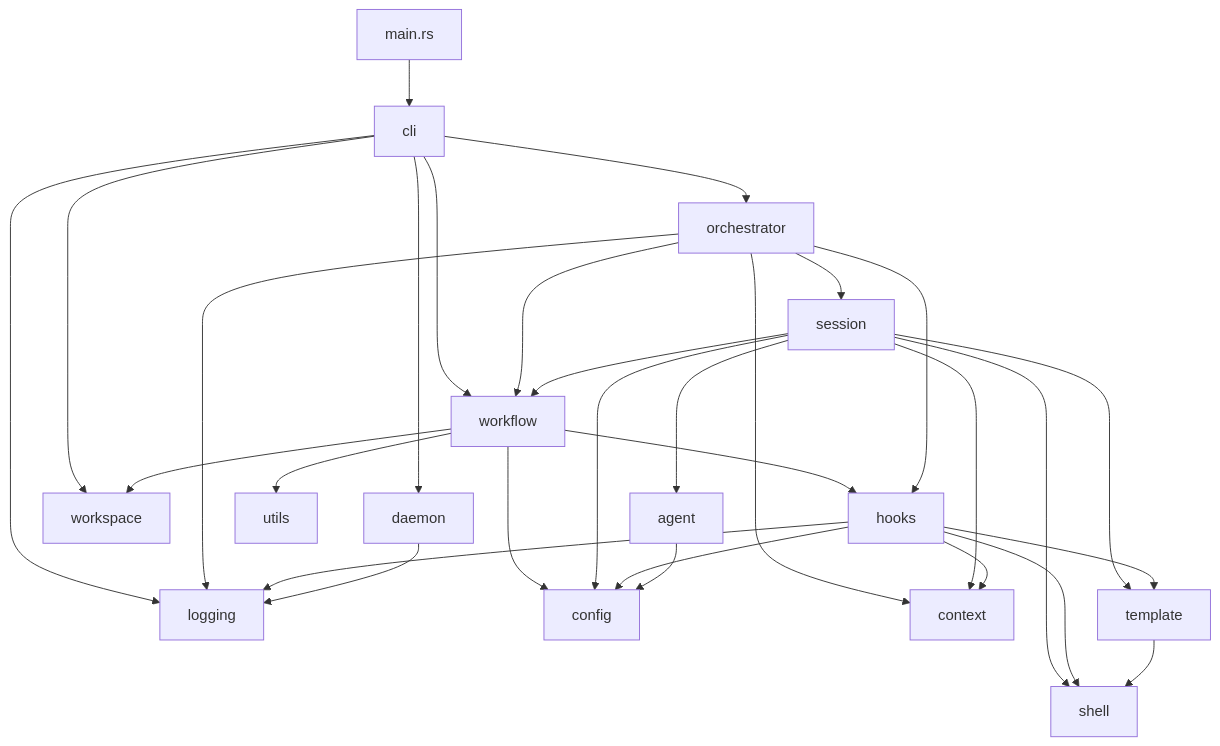
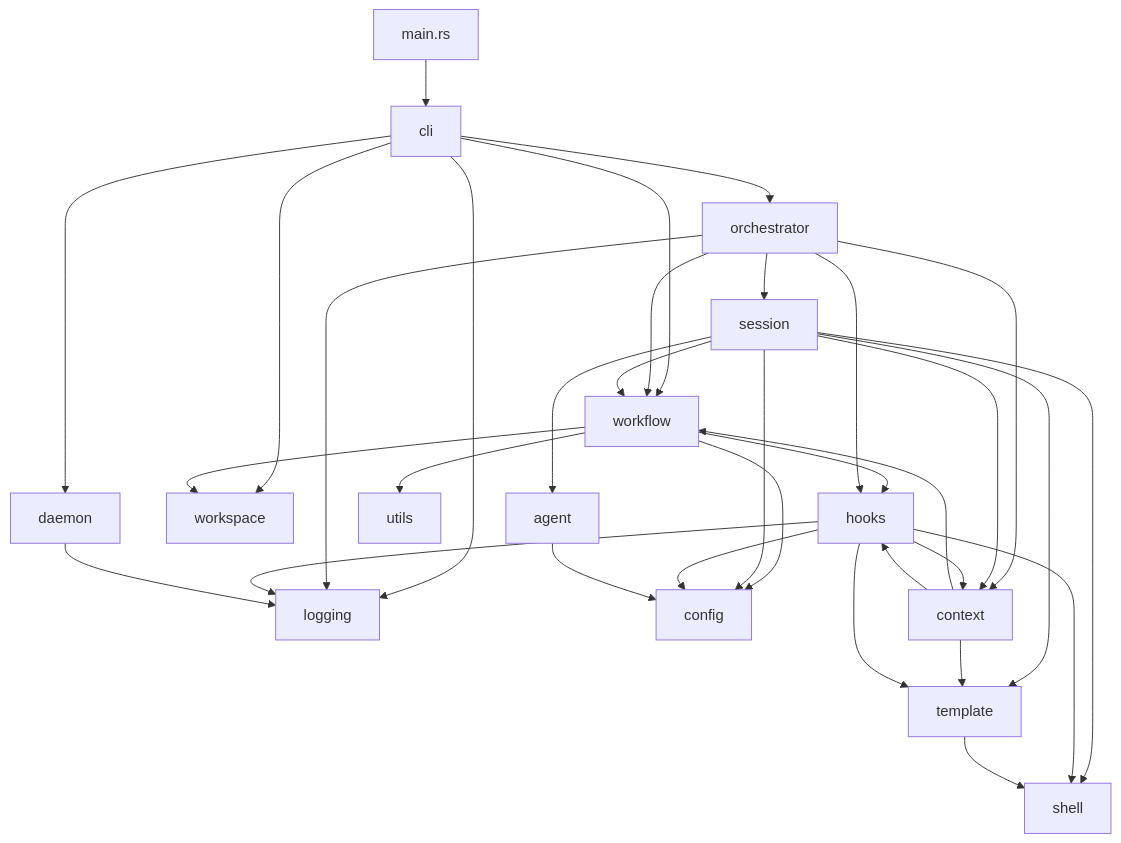
Before and after one commit to yii-labs/vik: the first of 2 diagrams in docs/development/architecture.md, drawn with Mermaid. The commit also changed other lines of this file and 26 other files, not shown here.

````diff
--- a/docs/development/architecture.md
+++ b/docs/development/architecture.md
@@ -49,37 +49,41 @@
 ```mermaid
 graph TD
     main[main.rs] --> cli[cli]
     cli --> workflow[workflow]
     cli --> daemon[daemon]
     cli --> logging[logging]
     cli --> orchestrator[orchestrator]
     cli --> workspace[workspace]
 
     workflow --> config[config]
     workflow --> hooks[hooks]
     workflow --> workspace
     workflow --> utils[utils]
 
     orchestrator --> workflow
     orchestrator --> session[session]
     orchestrator --> hooks
     orchestrator --> context[context]
     orchestrator --> logging
 
     session --> agent[agent]
     session --> config
     session --> context
     session --> shell[shell]
     session --> template[template]
     session --> workflow
 
+    context --> workflow
+    context --> hooks
+    context --> template
+
     hooks --> config
     hooks --> context
     hooks --> logging
     hooks --> shell
     hooks --> template
 
     agent --> config
     template --> shell
     daemon --> logging
 ```
````
